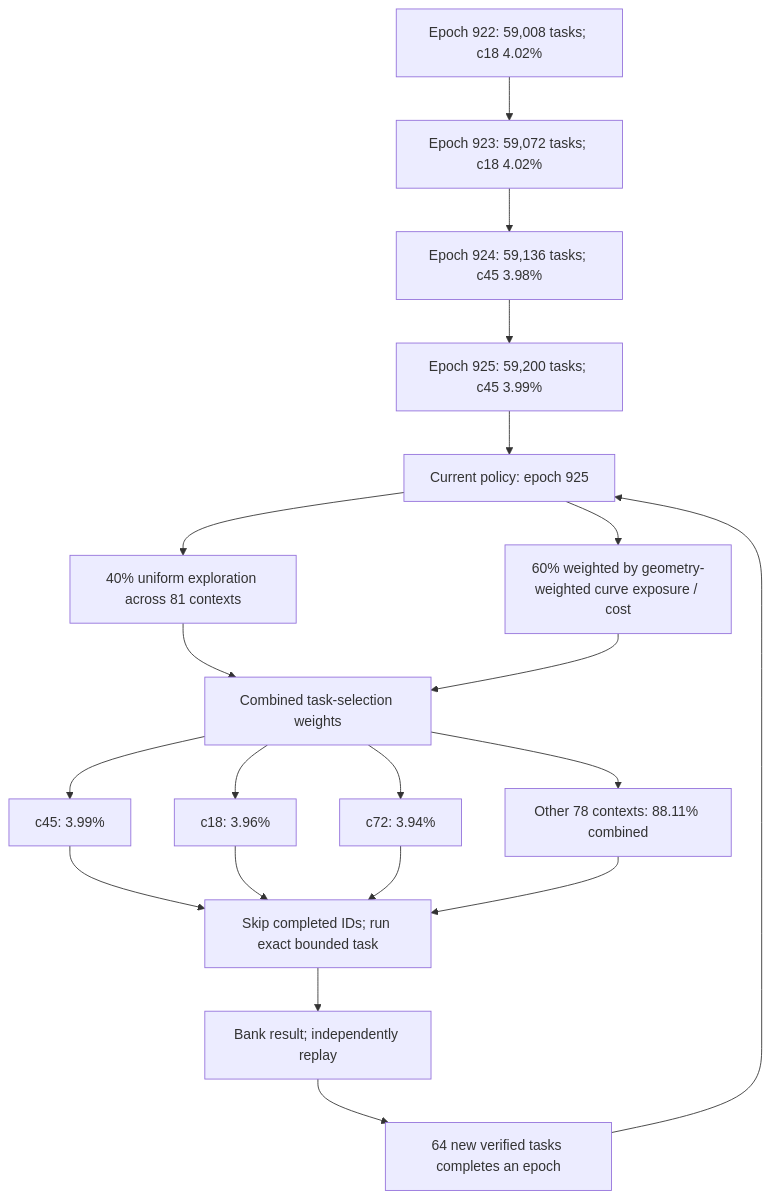
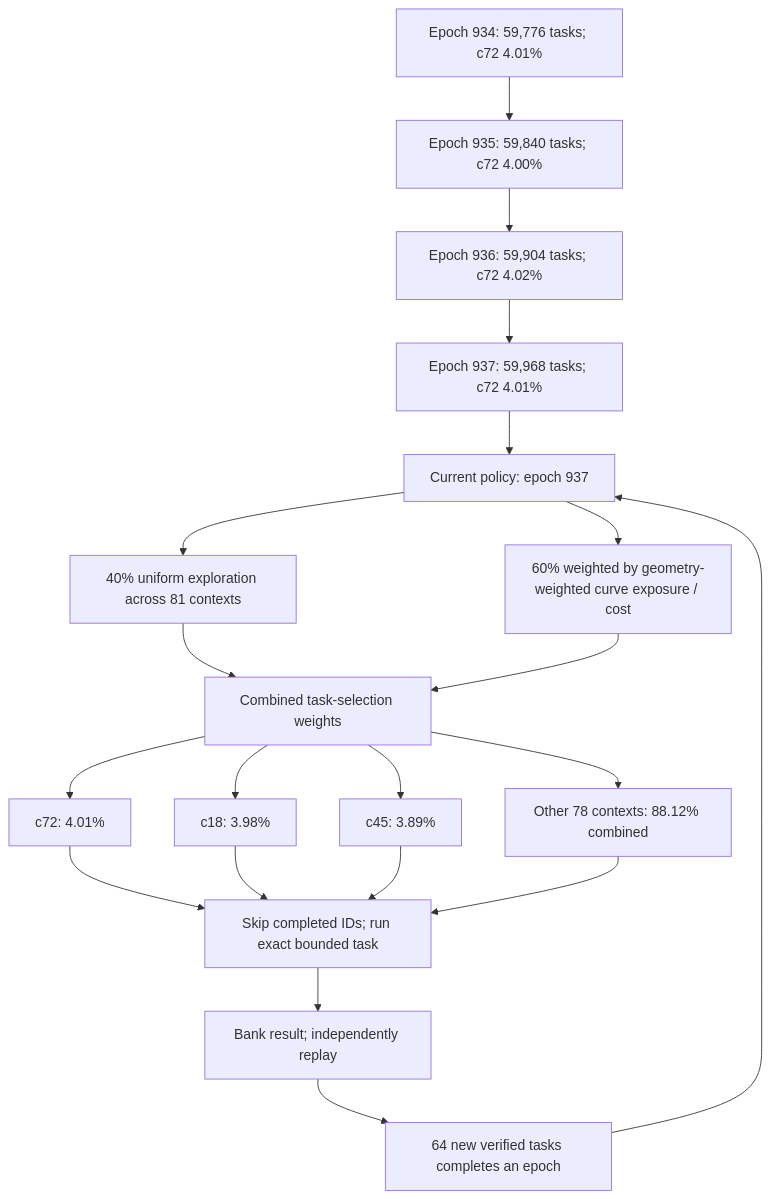
Before and after one commit to Kuberwastaken/math-gambling: the first of 3 diagrams in README.md, drawn with Mermaid. The commit also changed other lines of this file and 1638 other files, not shown here.

````diff
--- a/README.md
+++ b/README.md
@@ -55,27 +55,27 @@
 ```mermaid
 flowchart TD
-    H0["Epoch 922: 59,008 tasks; c18 4.02%"]
-    H1["Epoch 923: 59,072 tasks; c18 4.02%"]
+    H0["Epoch 934: 59,776 tasks; c72 4.01%"]
+    H1["Epoch 935: 59,840 tasks; c72 4.00%"]
     H0 --> H1
-    H2["Epoch 924: 59,136 tasks; c45 3.98%"]
+    H2["Epoch 936: 59,904 tasks; c72 4.02%"]
     H1 --> H2
-    H3["Epoch 925: 59,200 tasks; c45 3.99%"]
+    H3["Epoch 937: 59,968 tasks; c72 4.01%"]
     H2 --> H3
-    Policy["Current policy: epoch 925"]
+    Policy["Current policy: epoch 937"]
     H3 --> Policy
     Policy --> Explore["40% uniform exploration across 81 contexts"]
     Policy --> Cost["60% weighted by geometry-weighted curve exposure / cost"]
     Explore --> Mix["Combined task-selection weights"]
     Cost --> Mix
-    Mix --> C0["c45: 3.99%"]
-    Mix --> C1["c18: 3.96%"]
-    Mix --> C2["c72: 3.94%"]
-    Mix --> Rest["Other 78 contexts: 88.11% combined"]
+    Mix --> C0["c72: 4.01%"]
+    Mix --> C1["c18: 3.98%"]
+    Mix --> C2["c45: 3.89%"]
+    Mix --> Rest["Other 78 contexts: 88.12% combined"]
     C0 --> Check["Skip completed IDs; run exact bounded task"]
     C1 --> Check
     C2 --> Check
     Rest --> Check
     Check --> Replay["Bank result; independently replay"]
     Replay --> Gate["64 new verified tasks completes an epoch"]
     Gate --> Policy
 ```
````
